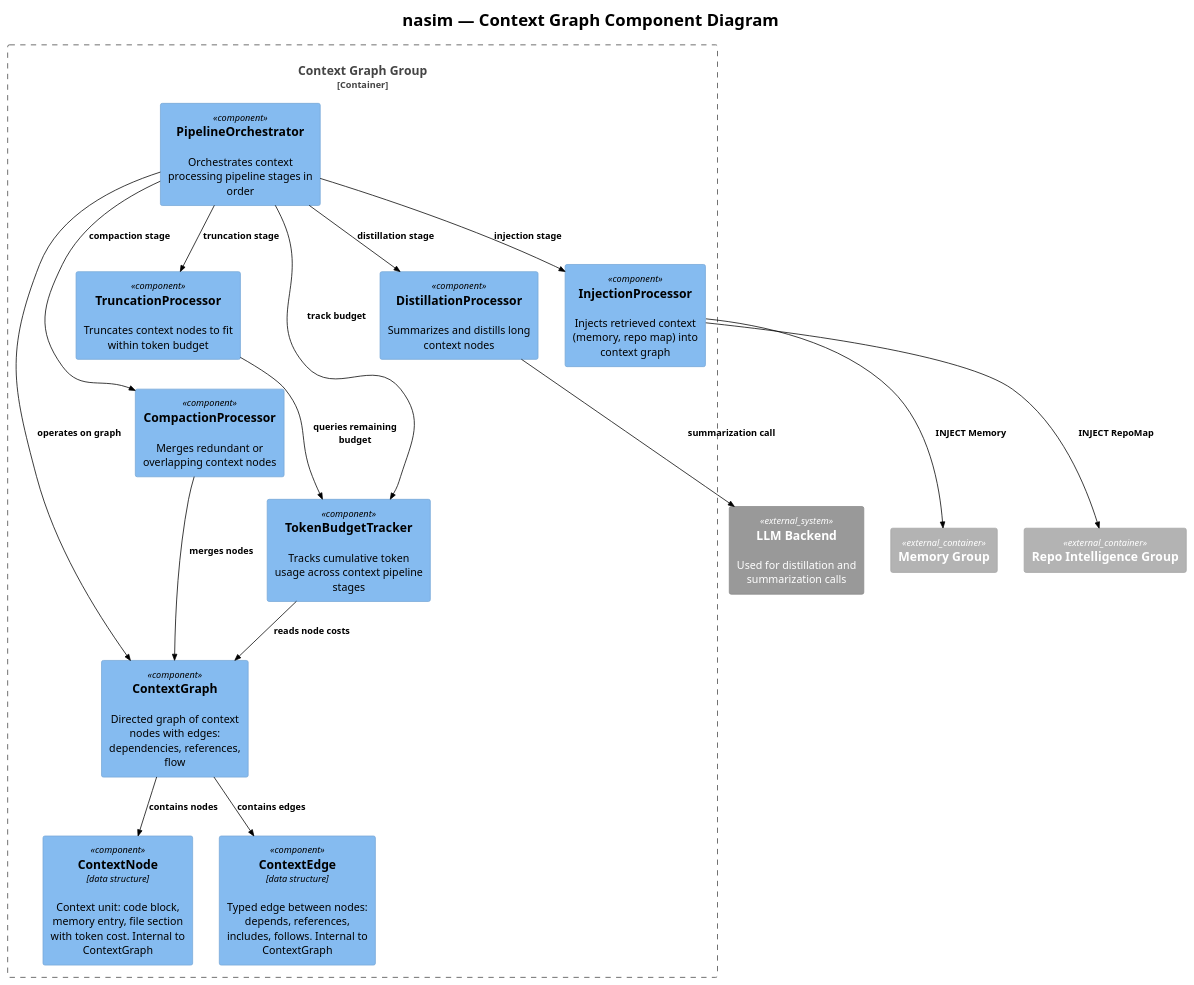
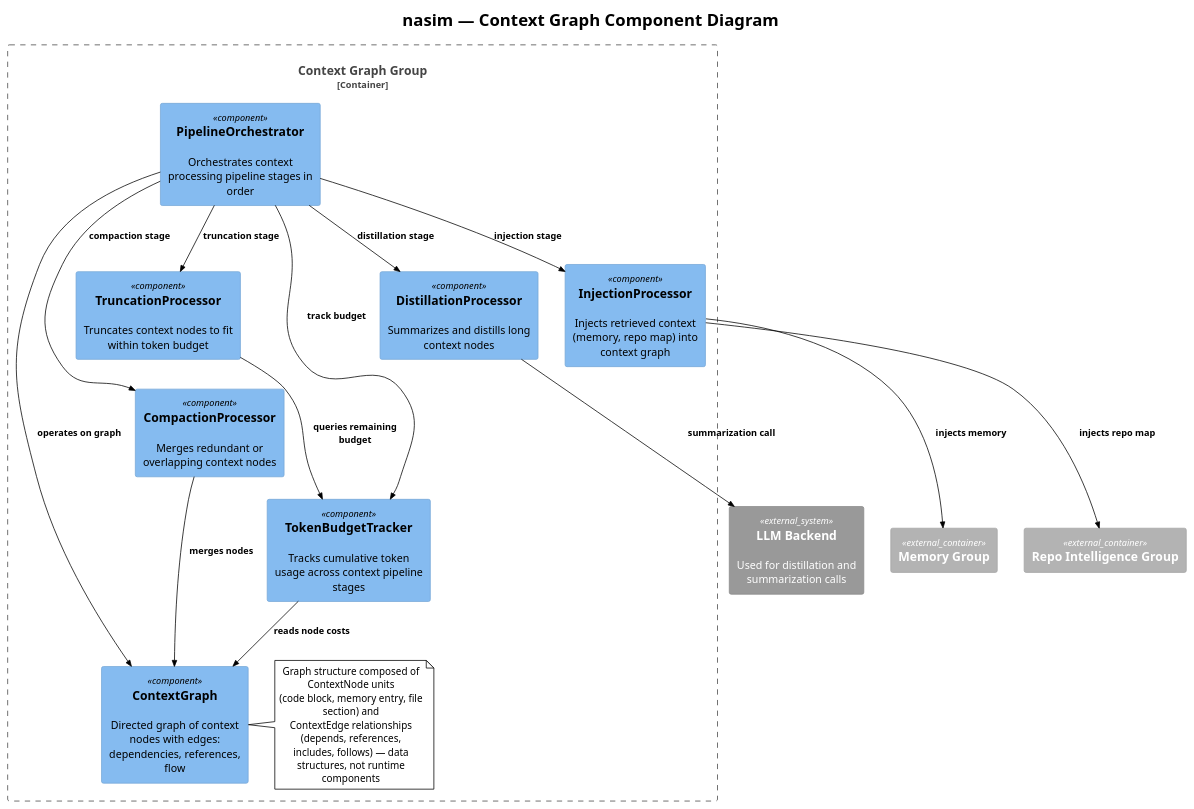
The diagram in docs/C4/c4_nasim_component_context_graph.puml (salimnamvar/nasim), drawn with PlantUML before and after one commit. The commit also changed 23 other files, not shown here.

```diff
--- a/docs/C4/c4_nasim_component_context_graph.puml
+++ b/docs/C4/c4_nasim_component_context_graph.puml
@@ -1,49 +1,53 @@
 @startuml c4_nasim_component_context_graph
 !include https://raw.githubusercontent.com/plantuml-stdlib/C4-PlantUML/v2.10.0/C4_Component.puml
 !theme plain
 
 
 ' ============================================================
 ' Title:     nasim — Context Graph Component Diagram
 ' Boundary:  nasim core library — Context Graph group
 ' Purpose:   Context pipeline: graph construction, truncation, distillation, injection, compaction
 ' Milestone: v1.0
 ' Version:   6.0.0
 ' Source:    docs/audit/audit.2026.06.20.deep.domain.audit.md
 ' Review:    —
 ' ============================================================
 
 title nasim — Context Graph Component Diagram
 
 Container_Boundary(context_graph_boundary, "Context Graph Group") {
     Component(context_graph, "ContextGraph", "", "Directed graph of context nodes with edges: dependencies, references, flow")
-    Component(context_node, "ContextNode", "data structure", "Context unit: code block, memory entry, file section with token cost. Internal to ContextGraph")
-    Component(context_edge, "ContextEdge", "data structure", "Typed edge between nodes: depends, references, includes, follows. Internal to ContextGraph")
+    note right of context_graph
+      Graph structure composed of ContextNode units
+      (code block, memory entry, file section) and
+      ContextEdge relationships (depends, references,
+      includes, follows) — data structures, not runtime components
+    end note
+
     Component(pipeline_orchestrator, "PipelineOrchestrator", "", "Orchestrates context processing pipeline stages in order")
     Component(truncation_processor, "TruncationProcessor", "", "Truncates context nodes to fit within token budget")
     Component(distillation_processor, "DistillationProcessor", "", "Summarizes and distills long context nodes")
     Component(injection_processor, "InjectionProcessor", "", "Injects retrieved context (memory, repo map) into context graph")
     Component(compaction_processor, "CompactionProcessor", "", "Merges redundant or overlapping context nodes")
     Component(token_budget_tracker, "TokenBudgetTracker", "", "Tracks cumulative token usage across context pipeline stages")
 }
 
 Container_Ext(memory_group, "Memory Group")
 Container_Ext(repo_intelligence_group, "Repo Intelligence Group")
 System_Ext(llm_backend, "LLM Backend", "Used for distillation and summarization calls")
 
-Rel(context_graph, context_node, "contains nodes")
-Rel(context_graph, context_edge, "contains edges")
+
 Rel(pipeline_orchestrator, truncation_processor, "truncation stage")
 Rel(pipeline_orchestrator, distillation_processor, "distillation stage")
 Rel(pipeline_orchestrator, injection_processor, "injection stage")
 Rel(pipeline_orchestrator, compaction_processor, "compaction stage")
 Rel(pipeline_orchestrator, token_budget_tracker, "track budget")
 Rel(pipeline_orchestrator, context_graph, "operates on graph")
 Rel(distillation_processor, llm_backend, "summarization call")
-Rel(injection_processor, memory_group, "INJECT Memory")
-Rel(injection_processor, repo_intelligence_group, "INJECT RepoMap")
+Rel(injection_processor, memory_group, "injects memory")
+Rel(injection_processor, repo_intelligence_group, "injects repo map")
 Rel(truncation_processor, token_budget_tracker, "queries remaining budget")
 Rel(compaction_processor, context_graph, "merges nodes")
 Rel(token_budget_tracker, context_graph, "reads node costs")
 
 @enduml
```
